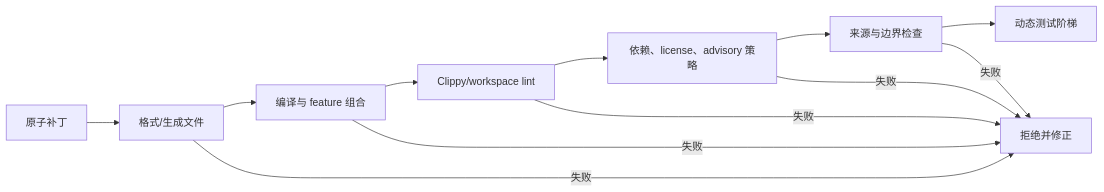
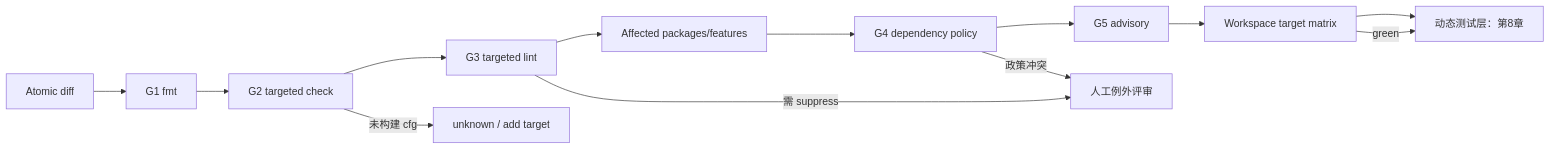
The diagram in book/src/part3/ch07-static-gates.md (ZhangHanDong/coreutils), drawn with Mermaid before and after one commit. The commit also changed other lines of this file, not shown here.

````diff
--- a/book/src/part3/ch07-static-gates.md
+++ b/book/src/part3/ch07-static-gates.md
@@ -16,14 +29,15 @@
 ```mermaid
 flowchart LR
-    P["原子补丁"] --> F["格式/生成文件"]
-    F --> C["编译与 feature 组合"]
-    C --> L["Clippy/workspace lint"]
-    L --> D["依赖、license、advisory 策略"]
-    D --> S["来源与边界检查"]
-    S --> T["动态测试阶梯"]
-    F -->|"失败"| R["拒绝并修正"]
-    C -->|"失败"| R
-    L -->|"失败"| R
-    D -->|"失败"| R
-    S -->|"失败"| R
+    D["Atomic diff"] --> F["G1 fmt"]
+    F --> C["G2 targeted check"]
+    C --> L["G3 targeted lint"]
+    L --> A["Affected packages/features"]
+    A --> P["G4 dependency policy"]
+    P --> S["G5 advisory"]
+    S --> W["Workspace target matrix"]
+    W --> T["动态测试层：第8章"]
+    C -->|"未构建 cfg"| U["unknown / add target"]
+    L -->|"需 suppress"| H["人工例外评审"]
+    P -->|"政策冲突"| H
+    W -->|"green"| T
 ```
````
